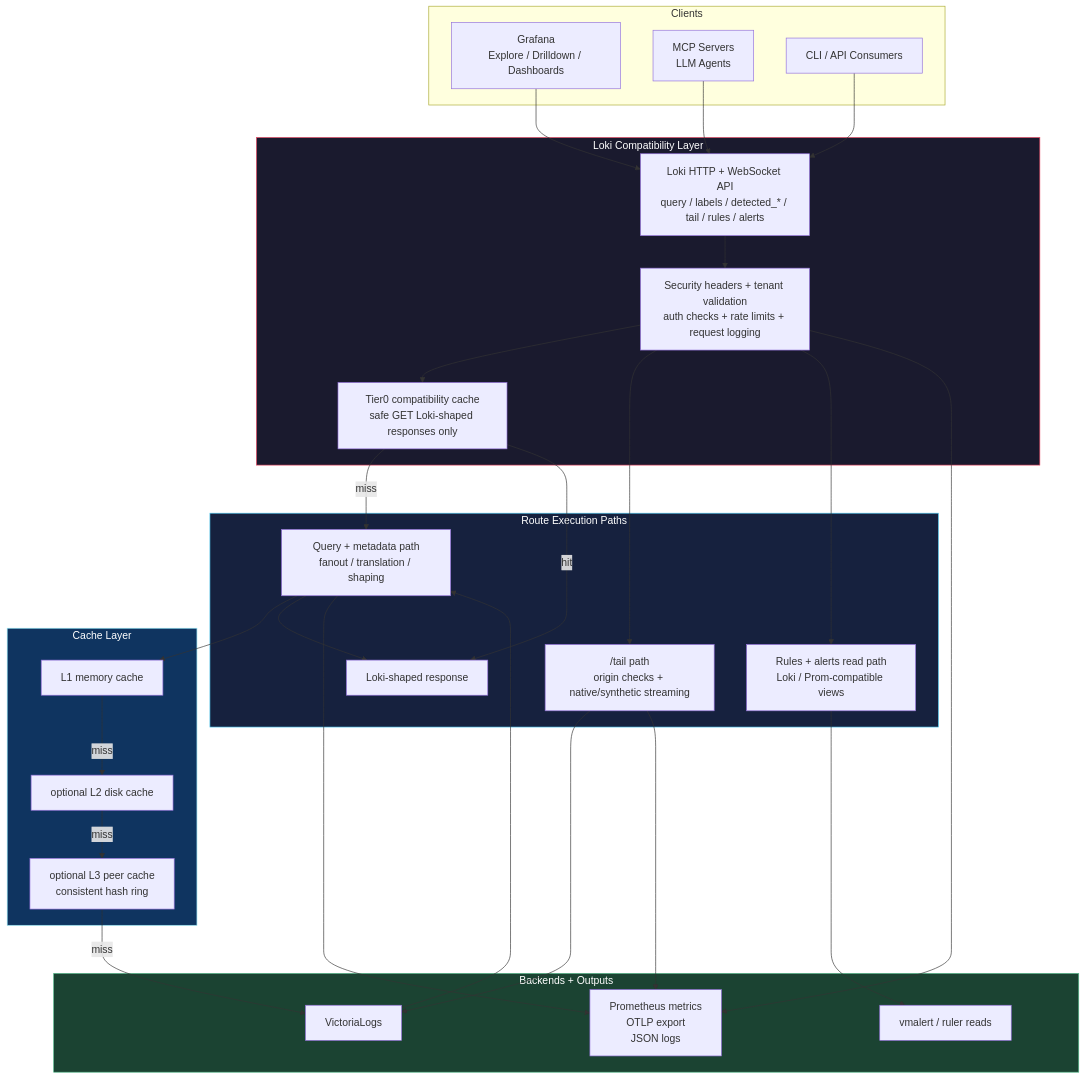
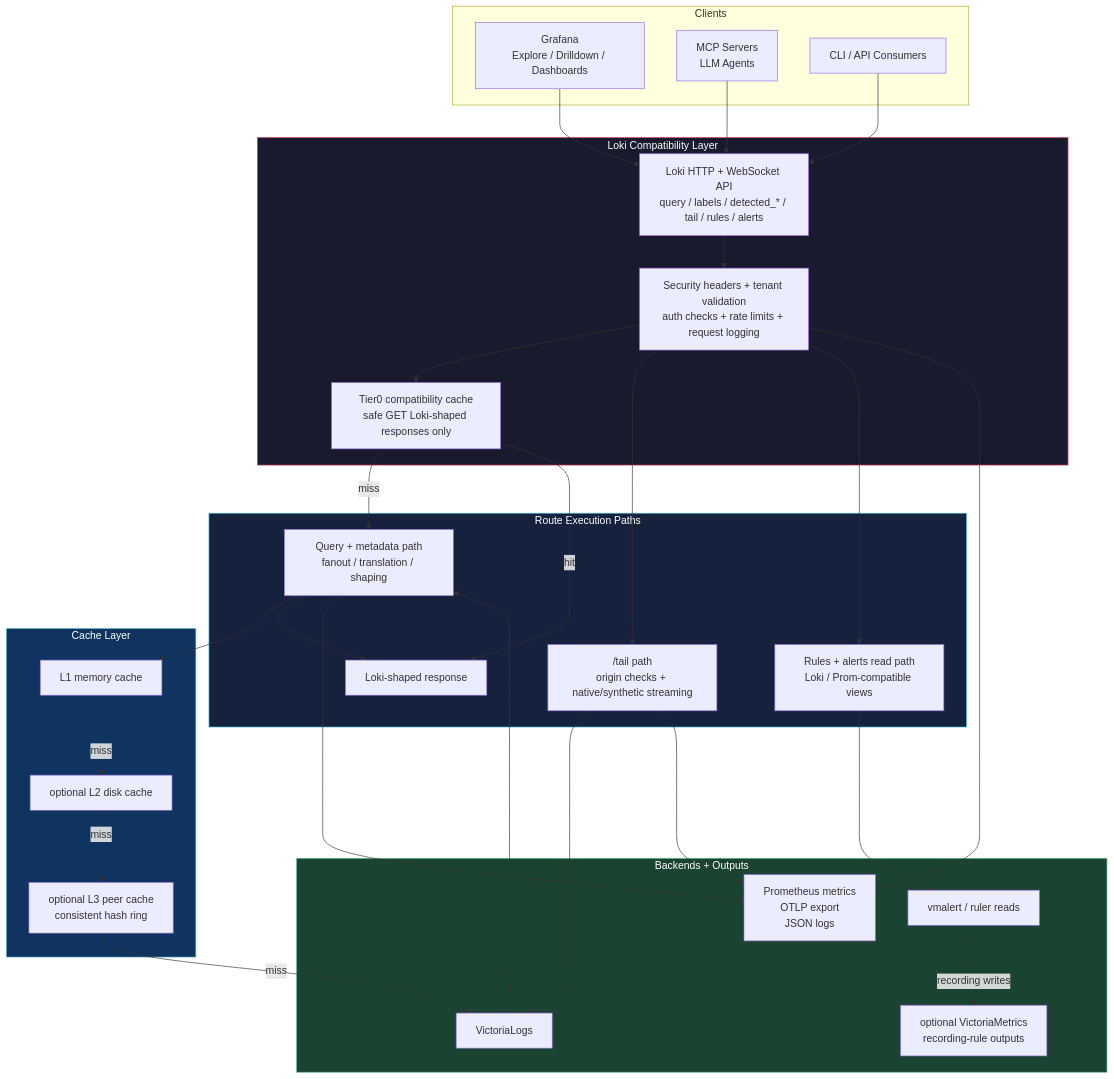
Before and after one commit to ReliablyObserve/loki-vl-proxy: the second of 2 diagrams in README.md, drawn with Mermaid. The commit also changed other lines of this file and 17 other files, not shown here.

Commit message:
Harden tuple/rules compatibility and update docs/architecture

````diff
--- a/README.md
+++ b/README.md
@@ -39,59 +39,61 @@
 ```mermaid
 flowchart TD
     subgraph L1["Clients"]
         G["Grafana<br/>Explore / Drilldown / Dashboards"]
         M["MCP Servers<br/>LLM Agents"]
         C["CLI / API Consumers"]
     end
 
     subgraph L2["Loki Compatibility Layer"]
         API["Loki HTTP + WebSocket API<br/>query / labels / detected_* / tail / rules / alerts"]
         GUARD["Security headers + tenant validation<br/>auth checks + rate limits + request logging"]
         EDGE["Tier0 compatibility cache<br/>safe GET Loki-shaped responses only"]
     end
 
     subgraph L3["Route Execution Paths"]
         Q["Query + metadata path<br/>fanout / translation / shaping"]
         T["/tail path<br/>origin checks + native/synthetic streaming"]
         R["Rules + alerts read path<br/>Loki / Prom-compatible views"]
         RESP["Loki-shaped response"]
     end
 
     subgraph L4["Cache Layer"]
         MEM["L1 memory cache"]
         DISK["optional L2 disk cache"]
         PEER["optional L3 peer cache<br/>consistent hash ring"]
     end
 
     subgraph L5["Backends + Outputs"]
         VL["VictoriaLogs"]
         RULES["vmalert / ruler reads"]
+        VMTS["optional VictoriaMetrics<br/>recording-rule outputs"]
         OBS["Prometheus metrics<br/>OTLP export<br/>JSON logs"]
     end
 
     G --> API
     M --> API
     C --> API
     API --> GUARD
     GUARD --> EDGE
     EDGE -->|miss| Q
     EDGE -->|hit| RESP
     GUARD --> T
     GUARD --> R
     Q --> MEM
     MEM -->|miss| DISK
     DISK -->|miss| PEER
     PEER -->|miss| VL
     VL --> Q
     Q --> RESP
     T --> VL
     R --> RULES
+    RULES -. recording writes .-> VMTS
     GUARD --> OBS
     Q --> OBS
     T --> OBS
 
     style L2 fill:#1a1a2e,stroke:#e94560,color:#fff
     style L3 fill:#16213e,stroke:#4cc9f0,color:#fff
     style L4 fill:#0f3460,stroke:#90e0ef,color:#fff
     style L5 fill:#1b4332,stroke:#52b788,color:#fff
 ```
````
